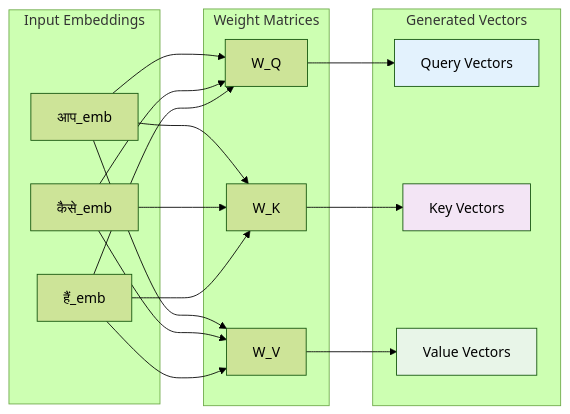
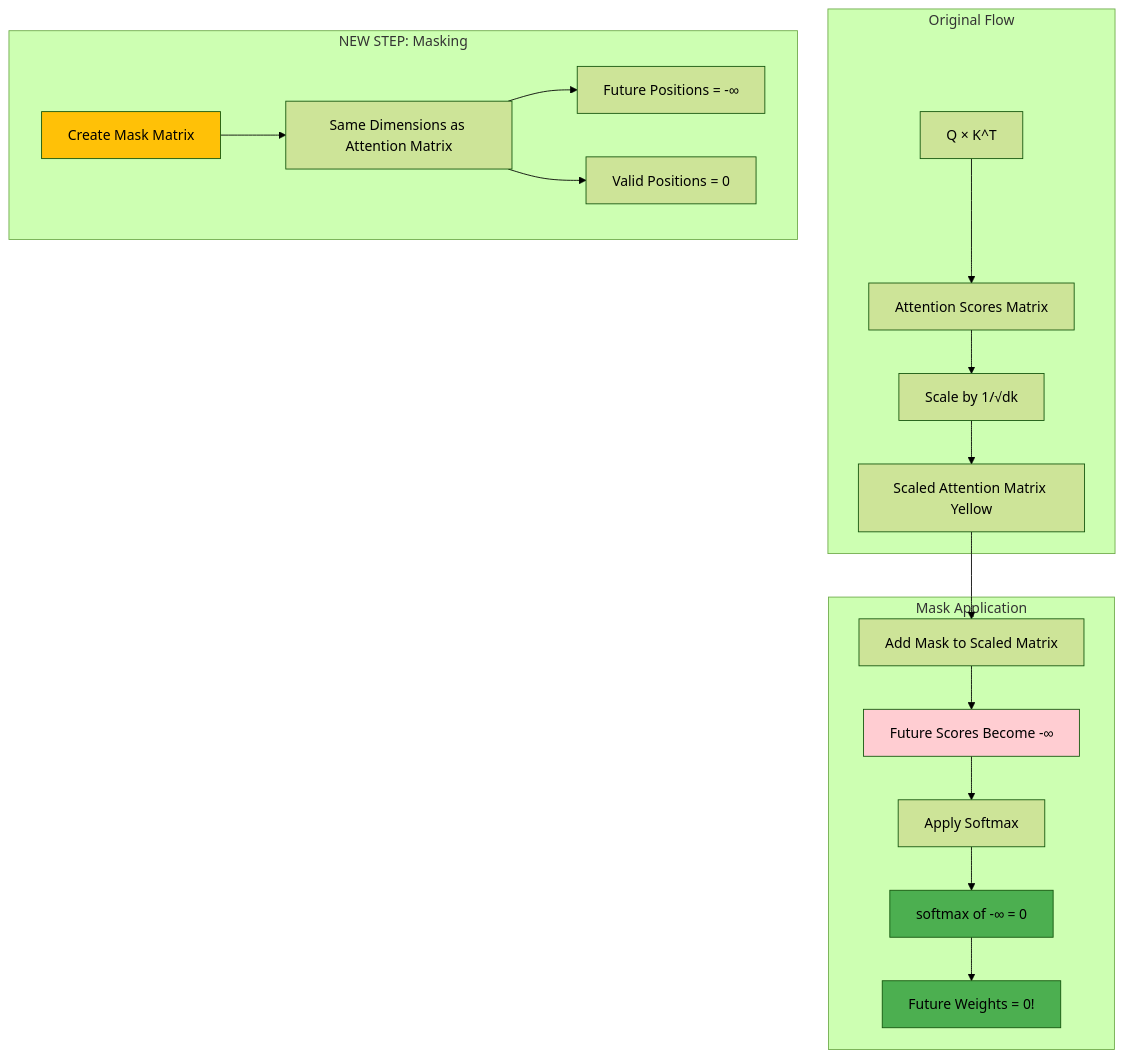
Before and after one commit to Sankhyesh/AI-Learning-Roadmap-2024: diagram 16 of 55 in CampusX/100-days-deep-learning/81-masked-multi-head-attention-transformer-decoder.md, drawn with Mermaid (forest theme). The commit also changed other lines of this file, not shown here.

````diff
--- a/CampusX/100-days-deep-learning/81-masked-multi-head-attention-transformer-decoder.md
+++ b/CampusX/100-days-deep-learning/81-masked-multi-head-attention-transformer-decoder.md
@@ -142,39 +630,32 @@
 ```mermaid
-graph LR
-    subgraph "Input Embeddings"
-        E1[आप_emb]
-        E2[कैसे_emb]
-        E3[हैं_emb]
+graph TD
+    subgraph "Original Flow"
+        A[Q × K^T] --> B[Attention Scores Matrix]
+        B --> C[Scale by 1/√dk]  
+        C --> D[Scaled Attention Matrix Yellow]
     end
     
-    subgraph "Weight Matrices"
-        W1[W_Q]
-        W2[W_K]
-        W3[W_V]
+    subgraph "NEW STEP: Masking"
+        E[Create Mask Matrix]
+        F[Same Dimensions as Attention Matrix]
+        G[Future Positions = -∞]
+        H[Valid Positions = 0]
+        
+        E --> F
+        F --> G
+        F --> H
     end
     
-    subgraph "Generated Vectors"
-        Q[Query Vectors]
-        K[Key Vectors]
-        V[Value Vectors]
+    subgraph "Mask Application"
+        D --> I[Add Mask to Scaled Matrix]
+        I --> J[Future Scores Become -∞]
+        J --> K[Apply Softmax]
+        K --> L[softmax of -∞ = 0]
+        L --> M[Future Weights = 0!]
     end
     
-    E1 --> W1
-    E2 --> W1
-    E3 --> W1
-    W1 --> Q
-    
-    E1 --> W2
-    E2 --> W2
-    E3 --> W2
-    W2 --> K
-    
-    E1 --> W3
-    E2 --> W3
-    E3 --> W3
-    W3 --> V
-    
-    style Q fill:#e3f2fd
-    style K fill:#f3e5f5
-    style V fill:#e8f5e8
+    style E fill:#ffc107
+    style J fill:#ffcdd2
+    style L fill:#4caf50
+    style M fill:#4caf50
 ```
````
